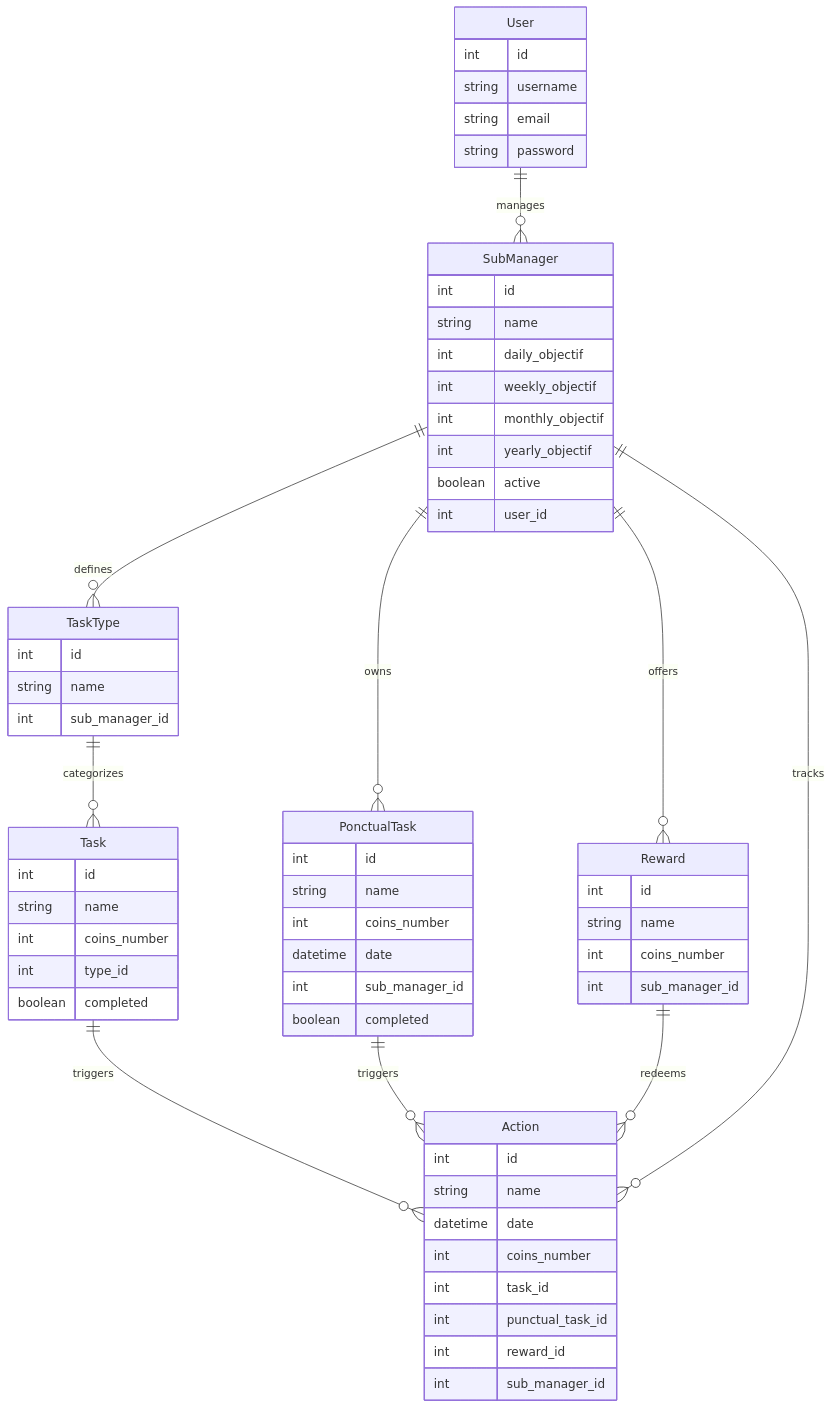
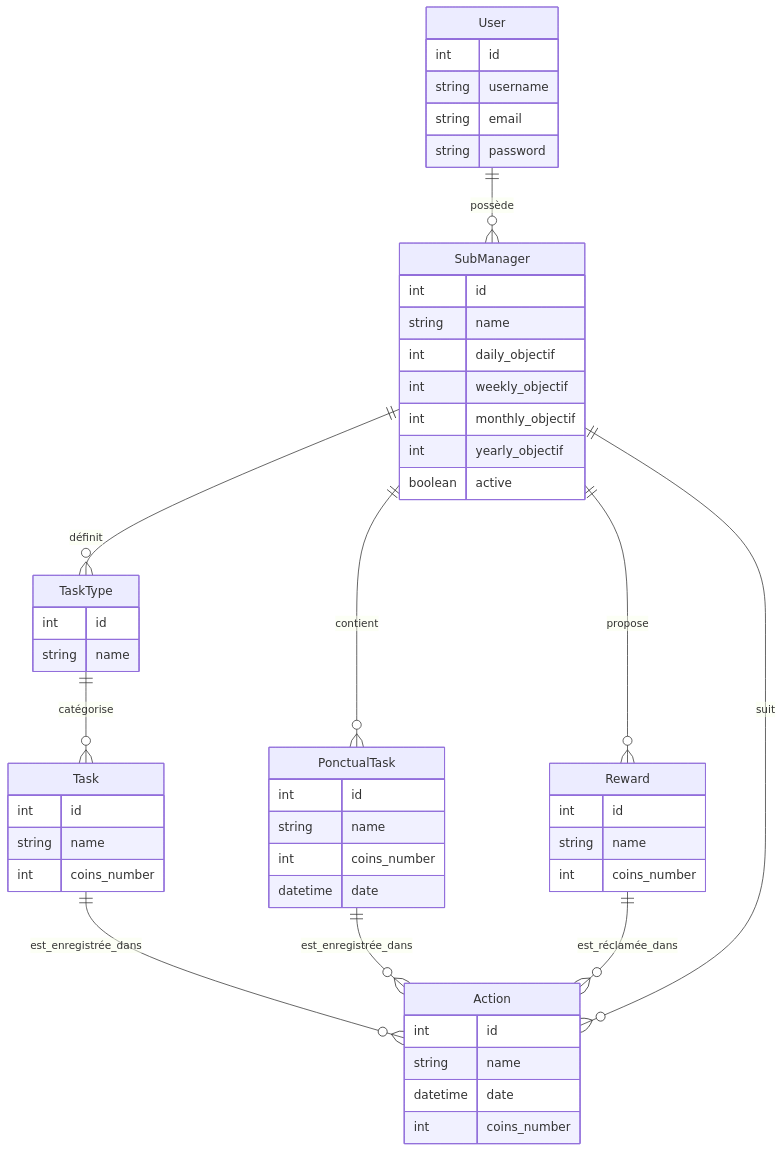
The second of 6 diagrams in readme.md (MelodyDuplaix/tasks_manager_django), drawn with Mermaid before and after one commit.

Commit message:
docs: correction du schéma de base de données

````diff
--- a/readme.md
+++ b/readme.md
@@ -97,65 +97,54 @@
 ```mermaid
 erDiagram
     User {
         int id
         string username
         string email
         string password
     }
     SubManager {
         int id
         string name
         int daily_objectif
         int weekly_objectif
         int monthly_objectif
         int yearly_objectif
         boolean active
-        int user_id
     }
     TaskType {
         int id
         string name
-        int sub_manager_id
     }
     Task {
         int id
         string name
         int coins_number
-        int type_id
-        boolean completed
     }
     PonctualTask {
         int id
         string name
         int coins_number
         datetime date
-        int sub_manager_id
-        boolean completed
     }
     Reward {
         int id
         string name
         int coins_number
-        int sub_manager_id
     }
     Action {
         int id
         string name
         datetime date
         int coins_number
-        int task_id
-        int punctual_task_id
-        int reward_id
-        int sub_manager_id
     }
 
-    User ||--o{ SubManager : "manages"
-    SubManager ||--o{ TaskType : "defines"
-    TaskType ||--o{ Task : "categorizes"
-    SubManager ||--o{ PonctualTask : "owns"
-    SubManager ||--o{ Reward : "offers"
-    Task ||--o{ Action : "triggers"
-    PonctualTask ||--o{ Action : "triggers"
-    Reward ||--o{ Action : "redeems"
-    SubManager ||--o{ Action : "tracks"
+    User ||--o{ SubManager : "possède"
+    SubManager ||--o{ TaskType : "définit"
+    SubManager ||--o{ PonctualTask : "contient"
+    SubManager ||--o{ Reward : "propose"
+    TaskType ||--o{ Task : "catégorise"
+    Task ||--o{ Action : "est_enregistrée_dans"
+    PonctualTask ||--o{ Action : "est_enregistrée_dans"
+    Reward ||--o{ Action : "est_réclamée_dans"
+    SubManager ||--o{ Action : "suit"
 ```
````
